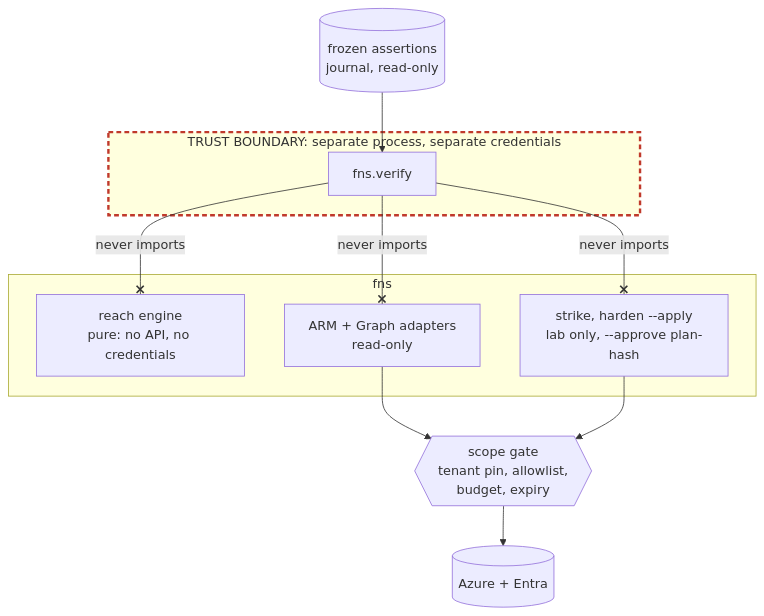
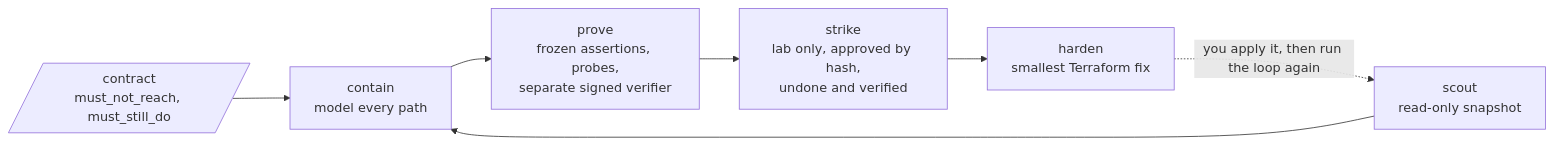
Before and after one commit to danielguillaumont/fang-and-scale: the diagram in README.md, drawn with Mermaid. The commit also changed other lines of this file and 13 other files, not shown here.

````diff
--- a/README.md
+++ b/README.md
@@ -185,25 +34,12 @@
 ```mermaid
-flowchart TD
-  subgraph fns["fns"]
-    engine["reach engine<br/>pure: no API, no credentials"]
-    adapters["ARM + Graph adapters<br/>read-only"]
-    writers["strike, harden --apply<br/>lab only, --approve plan-hash"]
-  end
-
-  gate{{"scope gate<br/>tenant pin, allowlist,<br/>budget, expiry"}}
-  azure[("Azure + Entra")]
-  adapters --> gate
-  writers --> gate
-  gate --> azure
-
-  subgraph boundary["TRUST BOUNDARY: separate process, separate credentials"]
-    verify["fns.verify"]
-  end
-  files[("frozen assertions<br/>journal, read-only")]
-  files --> verify
-  verify -- "never imports" --x engine
-  verify -- "never imports" --x adapters
-  verify -- "never imports" --x writers
-
-  style boundary stroke:#c0392b,stroke-width:3px,stroke-dasharray:6 4
+flowchart LR
+  contract[/"contract<br/>must_not_reach, must_still_do"/]
+  scout["scout<br/>read-only snapshot"]
+  contain["contain<br/>model every path"]
+  prove["prove<br/>frozen assertions, probes,<br/>separate signed verifier"]
+  strike["strike<br/>lab only, approved by hash,<br/>undone and verified"]
+  harden["harden<br/>smallest Terraform fix"]
+  contract --> contain
+  scout --> contain --> prove --> strike --> harden
+  harden -. "you apply it, then run the loop again" .-> scout
 ```
````
